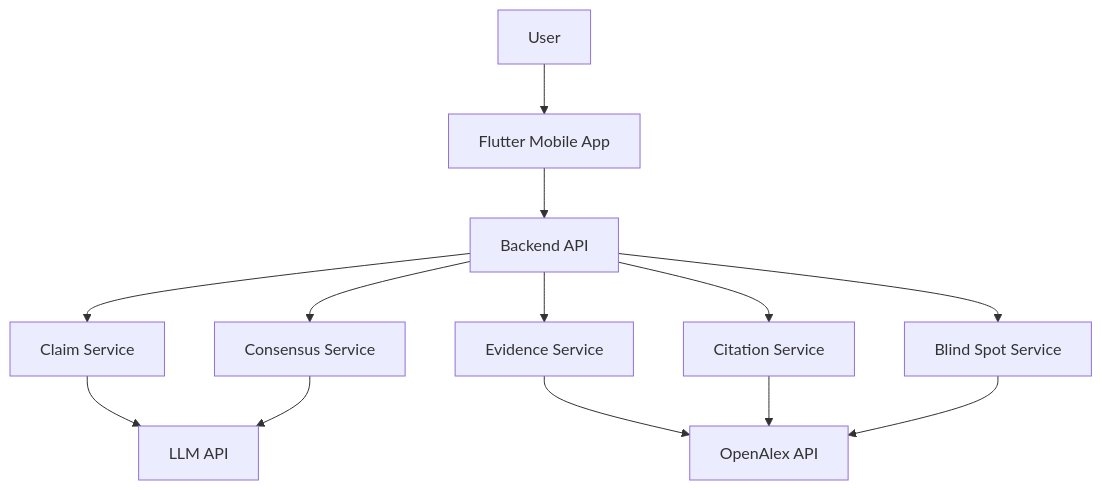
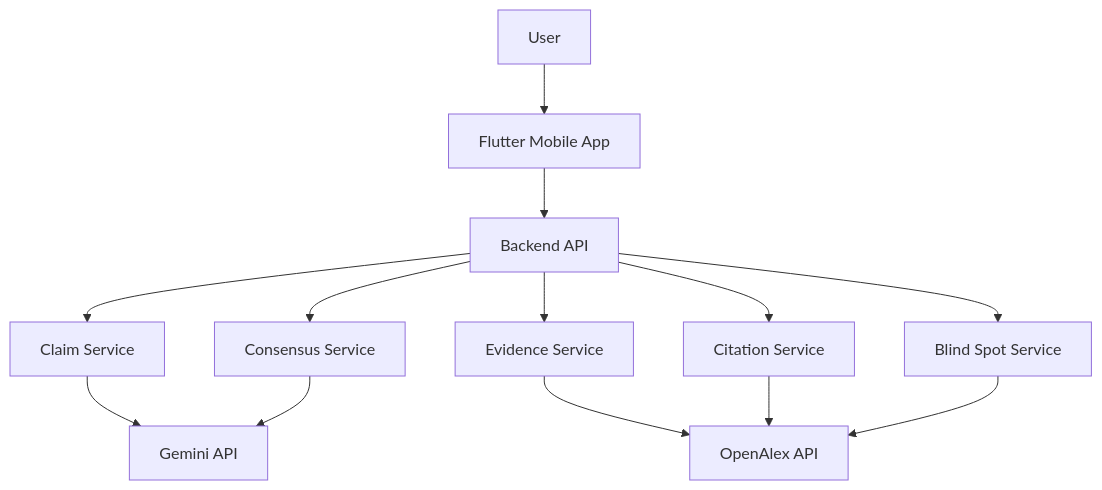
Before and after one commit to madgeer/verivio: the first of 2 diagrams in docs/system-design.md, drawn with Mermaid. The commit also changed other lines of this file and 9 other files, not shown here.

First line of the commit message:
feat: Integrate Gemini API for enhanced verification features

````diff
--- a/docs/system-design.md
+++ b/docs/system-design.md
@@ -39,38 +39,38 @@
 ```mermaid
 flowchart TD
 
     User[User]
 
     Mobile[Flutter Mobile App]
 
     Backend[Backend API]
 
     ClaimService[Claim Service]
     EvidenceService[Evidence Service]
     ConsensusService[Consensus Service]
     BlindSpotService[Blind Spot Service]
     CitationService[Citation Service]
 
-    OpenAI[LLM API]
+    Gemini[Gemini API]
     OpenAlex[OpenAlex API]
 
     User --> Mobile
 
     Mobile --> Backend
 
     Backend --> ClaimService
     Backend --> EvidenceService
     Backend --> ConsensusService
     Backend --> BlindSpotService
     Backend --> CitationService
 
-    ClaimService --> OpenAI
+    ClaimService --> Gemini
 
     EvidenceService --> OpenAlex
 
-    ConsensusService --> OpenAI
+    ConsensusService --> Gemini
 
     CitationService --> OpenAlex
 
     BlindSpotService --> OpenAlex
 ```
````
